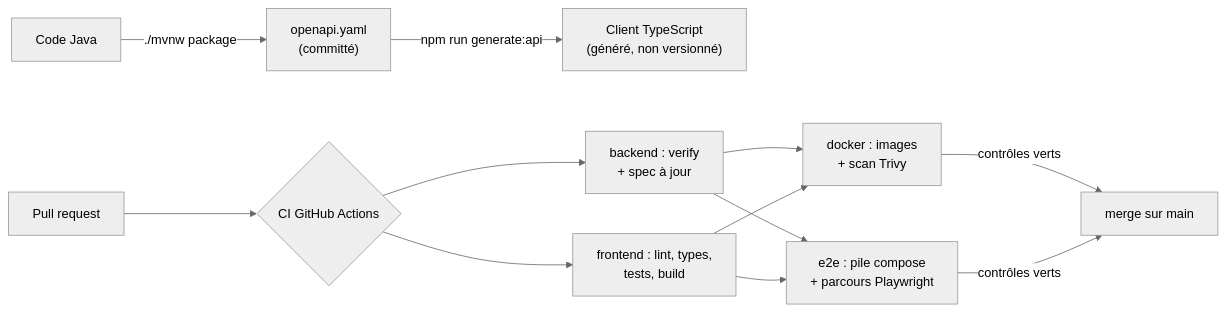
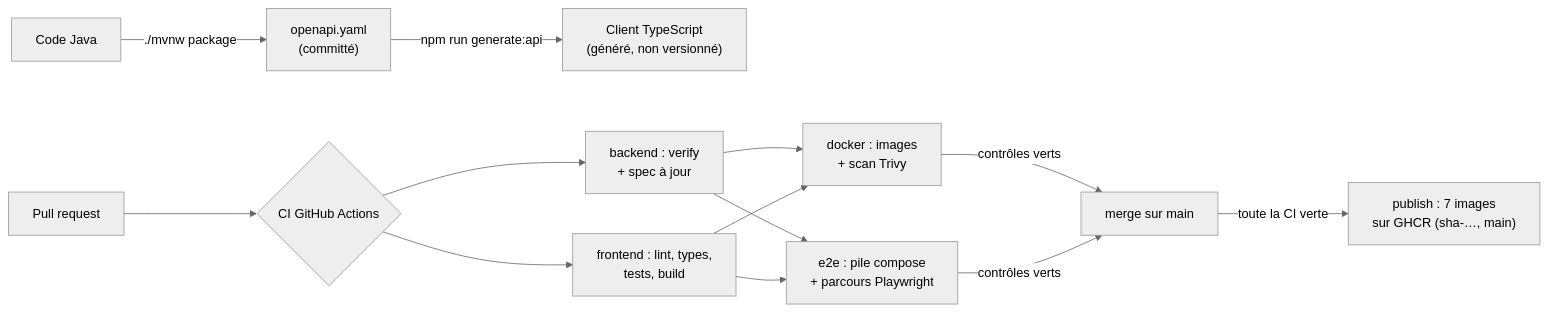
One commit to potichacha/recallio changed the seventh of 8 diagrams in docs/architecture.md. Above: the diagram before and after it, drawn with Mermaid (neutral theme). The commit also changed other lines of this file and 19 other files, not shown here.

Commit message:
feat: deployable images, published to GHCR once main is green (ADR 0069)

````diff
--- a/docs/architecture.md
+++ b/docs/architecture.md
@@ -319,11 +319,12 @@
 ```mermaid
 flowchart LR
     code["Code Java"] -- "./mvnw package" --> spec["openapi.yaml<br/>(committé)"]
     spec -- "npm run generate:api" --> client["Client TypeScript<br/>(généré, non versionné)"]
     pr["Pull request"] --> ci{"CI GitHub Actions"}
     ci --> b["backend : verify<br/>+ spec à jour"]
     ci --> f["frontend : lint, types,<br/>tests, build"]
     b & f --> d["docker : images<br/>+ scan Trivy"]
     b & f --> e["e2e : pile compose<br/>+ parcours Playwright"]
     d & e -- "contrôles verts" --> main["merge sur main"]
+    main -- "toute la CI verte" --> publish["publish : 7 images<br/>sur GHCR (sha-…, main)"]
 ```
````
